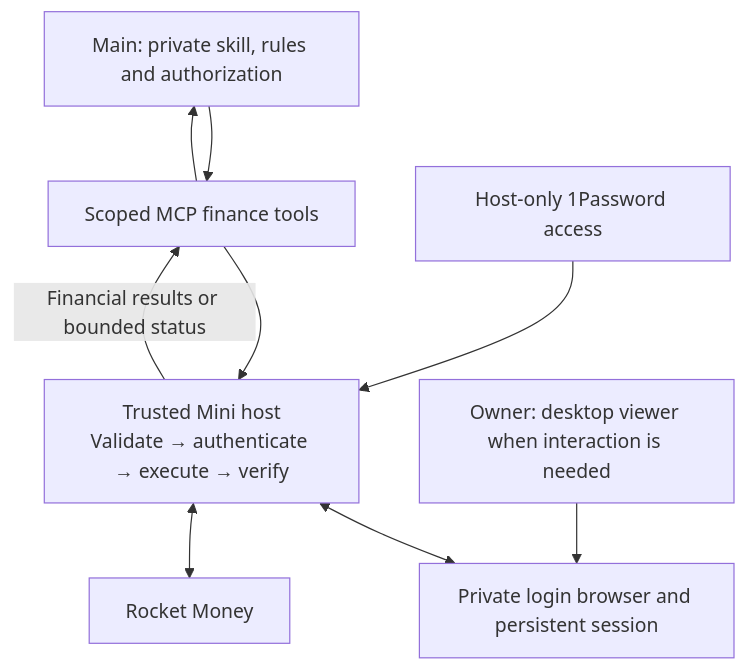
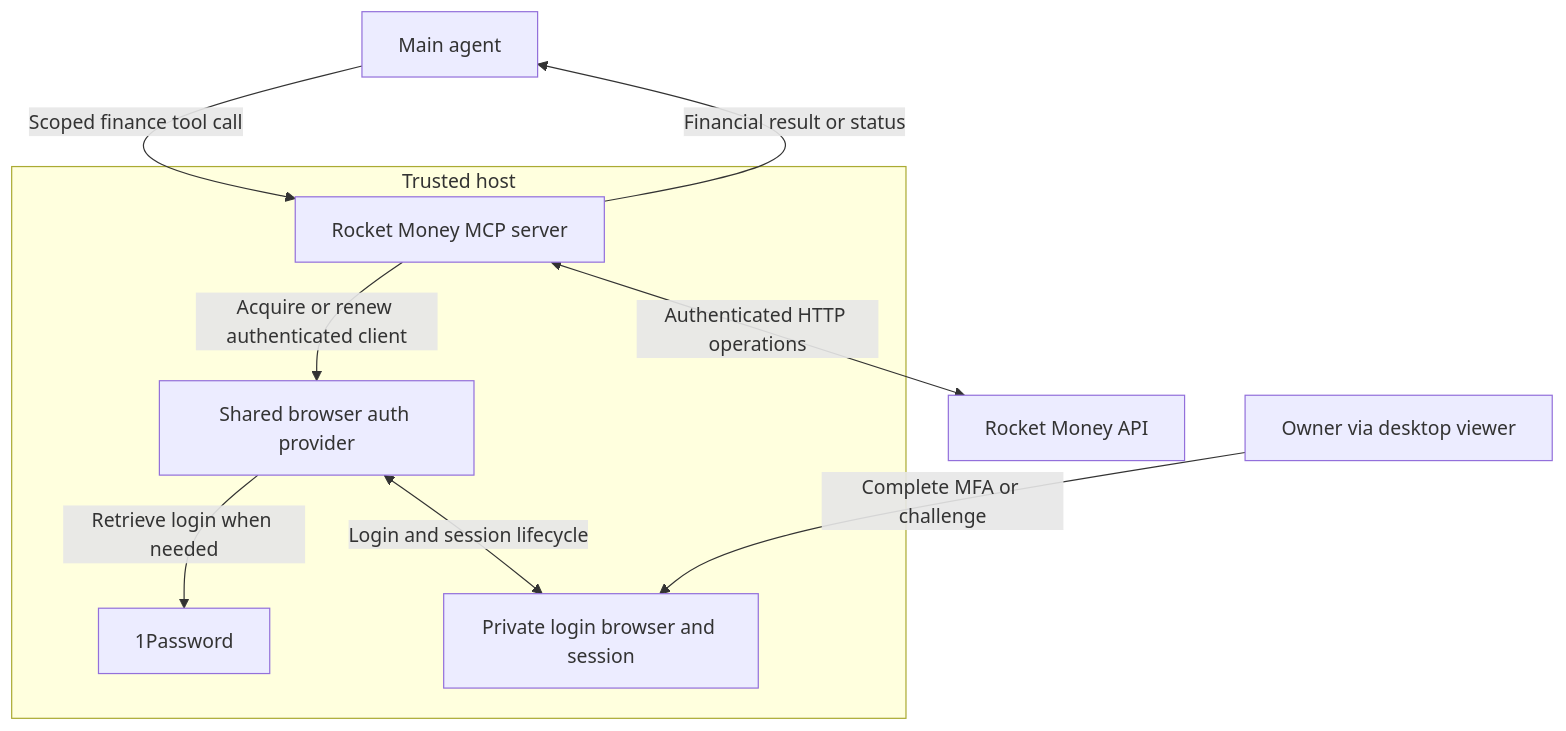
One commit to coletaylor788/puddles changed the diagram in docs/plans/031-rocket-money-integration.md. Above: the diagram before and after it, drawn with Mermaid. The commit also changed other lines of this file and 1 other file, not shown here.

Commit message:
Separate shared browser auth from Rocket Money MCP design

````diff
--- a/docs/plans/031-rocket-money-integration.md
+++ b/docs/plans/031-rocket-money-integration.md
@@ -13,18 +17,19 @@
 ```mermaid
 flowchart TB
-    Main["Main: private skill, rules and authorization"]
-    Tools["Scoped MCP finance tools"]
-    Host["Trusted Mini host<br/>Validate → authenticate → execute → verify"]
-    Vault["Host-only 1Password access"]
-    Session["Private login browser and persistent session"]
-    Rocket["Rocket Money"]
-    Owner["Owner: desktop viewer when interaction is needed"]
-    Main --> Tools
-    Tools --> Host
-    Vault --> Host
-    Host <--> Session
-    Host <--> Rocket
-    Owner --> Session
-    Host -->|"Financial results or bounded status"| Tools
-    Tools --> Main
+    Main["Main agent"]
+    subgraph Host["Trusted host"]
+        MCP["Rocket Money MCP server"]
+        Auth["Shared browser auth provider"]
+        Vault["1Password"]
+        Browser["Private login browser and session"]
+        MCP -->|"Acquire or renew authenticated client"| Auth
+        Auth -->|"Retrieve login when needed"| Vault
+        Auth <-->|"Login and session lifecycle"| Browser
+    end
+    API["Rocket Money API"]
+    Owner["Owner via desktop viewer"]
+    Main -->|"Scoped finance tool call"| MCP
+    MCP -->|"Financial result or status"| Main
+    MCP <-->|"Authenticated HTTP operations"| API
+    Owner -->|"Complete MFA or challenge"| Browser
 ```
````
